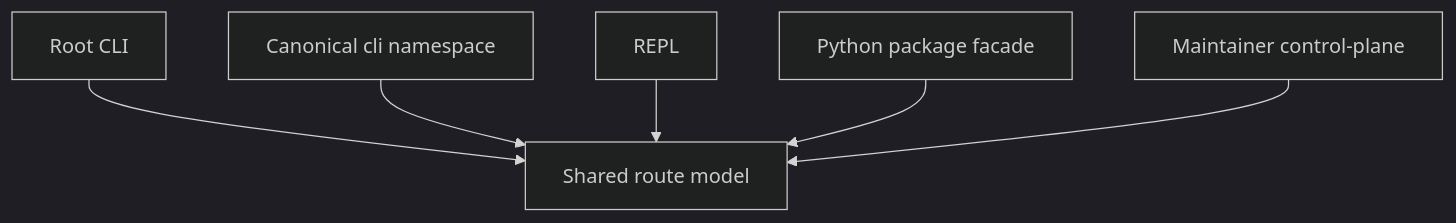
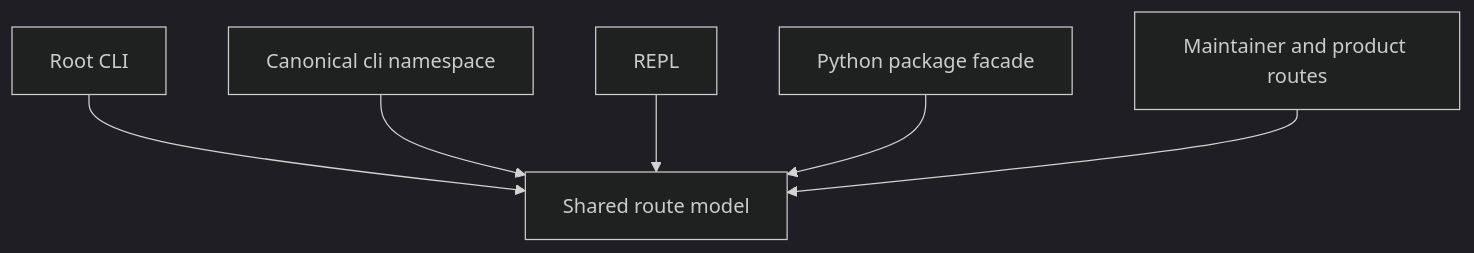
Before and after one commit to bijux/bijux-cli: the first of 4 diagrams in docs/04-architecture/routing-and-surfaces.md, drawn with Mermaid (dark theme). The commit also changed other lines of this file and 7 other files, not shown here.

````diff
--- a/docs/04-architecture/routing-and-surfaces.md
+++ b/docs/04-architecture/routing-and-surfaces.md
@@ -7,14 +7,14 @@
 ```mermaid
 graph TD
     A[Root CLI]
     B[Canonical cli namespace]
     C[REPL]
     D[Python package facade]
-    E[Maintainer control-plane]
+    E[Maintainer and product routes]
 
     A --> R[Shared route model]
     B --> R
     C --> R
     D --> R
     E --> R
 ```
````
